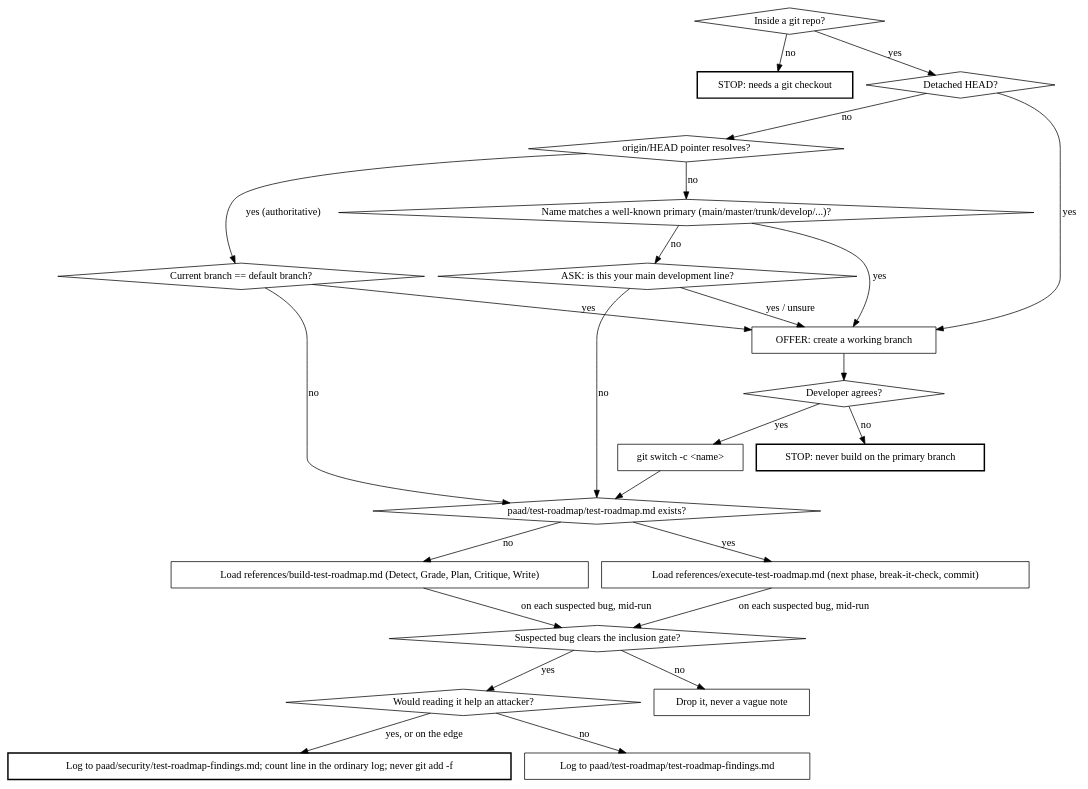
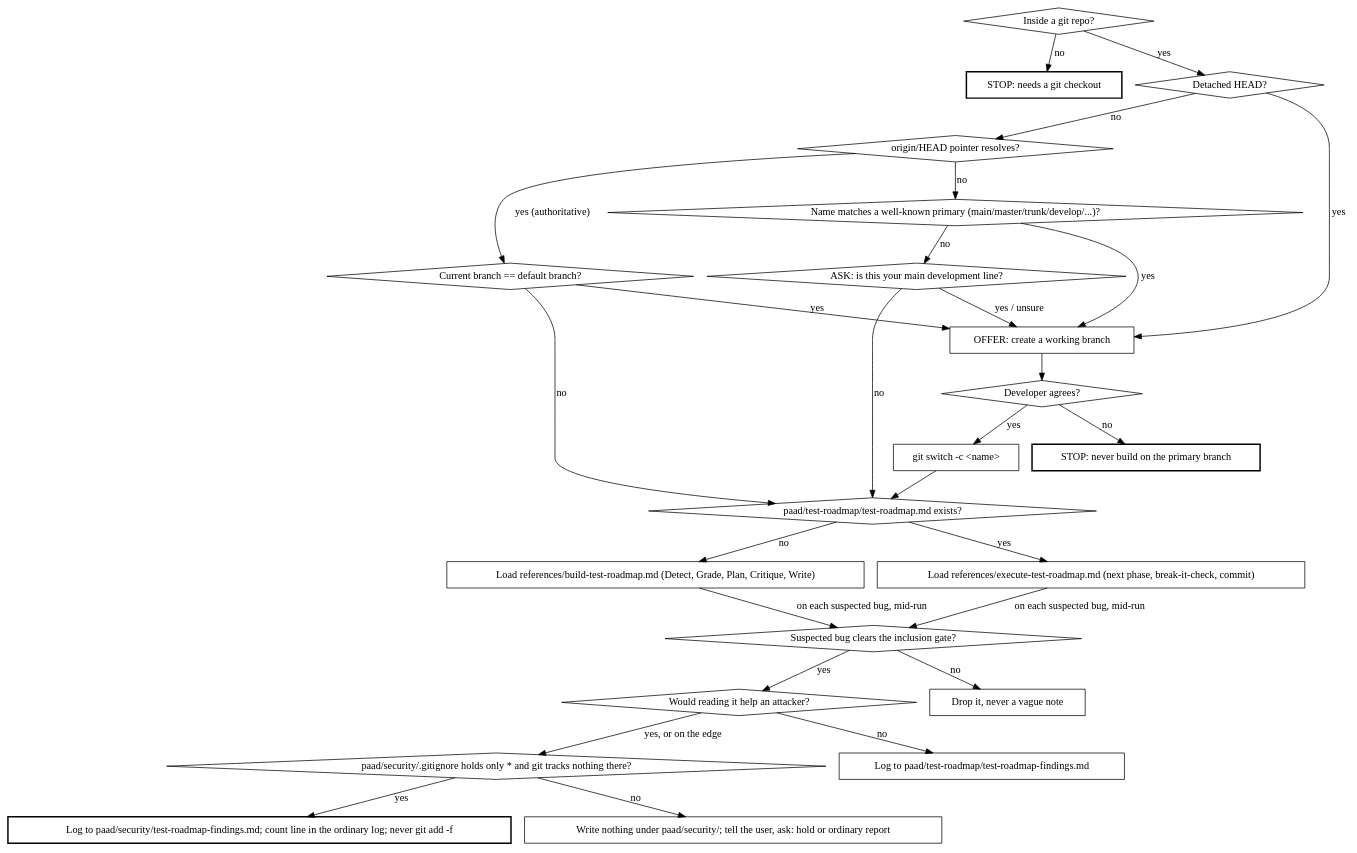
Before and after one commit to Ovid/paad: the diagram in preview/paad/skills/test-roadmap/SKILL.md, drawn with Graphviz. The commit also changed 5 other files, not shown here.

First line of the commit message:
Producer digraphs: gate every paad/security/ write on the .gitignore check

````diff
--- a/preview/paad/skills/test-roadmap/SKILL.md
+++ b/preview/paad/skills/test-roadmap/SKILL.md
@@ -38,48 +38,52 @@
 ```dot
 digraph route {
   "Inside a git repo?" [shape=diamond];
   "STOP: needs a git checkout" [shape=box, style=bold];
   "Detached HEAD?" [shape=diamond];
   "origin/HEAD pointer resolves?" [shape=diamond];
   "Current branch == default branch?" [shape=diamond];
   "Name matches a well-known primary (main/master/trunk/develop/...)?" [shape=diamond];
   "ASK: is this your main development line?" [shape=diamond];
   "OFFER: create a working branch" [shape=box];
   "Developer agrees?" [shape=diamond];
   "STOP: never build on the primary branch" [shape=box, style=bold];
   "git switch -c <name>" [shape=box];
   "paad/test-roadmap/test-roadmap.md exists?" [shape=diamond];
   "Load references/build-test-roadmap.md (Detect, Grade, Plan, Critique, Write)" [shape=box];
   "Load references/execute-test-roadmap.md (next phase, break-it-check, commit)" [shape=box];
   "Suspected bug clears the inclusion gate?" [shape=diamond];
   "Would reading it help an attacker?" [shape=diamond];
   "Log to paad/security/test-roadmap-findings.md; count line in the ordinary log; never git add -f" [shape=box, style=bold];
+  "paad/security/.gitignore holds only * and git tracks nothing there?" [shape=diamond];
+  "Write nothing under paad/security/; tell the user, ask: hold or ordinary report" [shape=box];
   "Log to paad/test-roadmap/test-roadmap-findings.md" [shape=box];
   "Drop it, never a vague note" [shape=box];
 
   "Inside a git repo?" -> "STOP: needs a git checkout" [label="no"];
   "Inside a git repo?" -> "Detached HEAD?" [label="yes"];
   "Detached HEAD?" -> "OFFER: create a working branch" [label="yes"];
   "Detached HEAD?" -> "origin/HEAD pointer resolves?" [label="no"];
   "origin/HEAD pointer resolves?" -> "Current branch == default branch?" [label="yes (authoritative)"];
   "origin/HEAD pointer resolves?" -> "Name matches a well-known primary (main/master/trunk/develop/...)?" [label="no"];
   "Current branch == default branch?" -> "OFFER: create a working branch" [label="yes"];
   "Current branch == default branch?" -> "paad/test-roadmap/test-roadmap.md exists?" [label="no"];
   "Name matches a well-known primary (main/master/trunk/develop/...)?" -> "OFFER: create a working branch" [label="yes"];
   "Name matches a well-known primary (main/master/trunk/develop/...)?" -> "ASK: is this your main development line?" [label="no"];
   "ASK: is this your main development line?" -> "OFFER: create a working branch" [label="yes / unsure"];
   "ASK: is this your main development line?" -> "paad/test-roadmap/test-roadmap.md exists?" [label="no"];
   "OFFER: create a working branch" -> "Developer agrees?";
   "Developer agrees?" -> "STOP: never build on the primary branch" [label="no"];
   "Developer agrees?" -> "git switch -c <name>" [label="yes"];
   "git switch -c <name>" -> "paad/test-roadmap/test-roadmap.md exists?";
   "paad/test-roadmap/test-roadmap.md exists?" -> "Load references/execute-test-roadmap.md (next phase, break-it-check, commit)" [label="yes"];
   "paad/test-roadmap/test-roadmap.md exists?" -> "Load references/build-test-roadmap.md (Detect, Grade, Plan, Critique, Write)" [label="no"];
   "Load references/execute-test-roadmap.md (next phase, break-it-check, commit)" -> "Suspected bug clears the inclusion gate?" [label="on each suspected bug, mid-run"];
   "Load references/build-test-roadmap.md (Detect, Grade, Plan, Critique, Write)" -> "Suspected bug clears the inclusion gate?" [label="on each suspected bug, mid-run"];
   "Suspected bug clears the inclusion gate?" -> "Drop it, never a vague note" [label="no"];
   "Suspected bug clears the inclusion gate?" -> "Would reading it help an attacker?" [label="yes"];
-  "Would reading it help an attacker?" -> "Log to paad/security/test-roadmap-findings.md; count line in the ordinary log; never git add -f" [label="yes, or on the edge"];
+  "Would reading it help an attacker?" -> "paad/security/.gitignore holds only * and git tracks nothing there?" [label="yes, or on the edge"];
+  "paad/security/.gitignore holds only * and git tracks nothing there?" -> "Log to paad/security/test-roadmap-findings.md; count line in the ordinary log; never git add -f" [label="yes"];
+  "paad/security/.gitignore holds only * and git tracks nothing there?" -> "Write nothing under paad/security/; tell the user, ask: hold or ordinary report" [label="no"];
   "Would reading it help an attacker?" -> "Log to paad/test-roadmap/test-roadmap-findings.md" [label="no"];
 }
 ```
````
